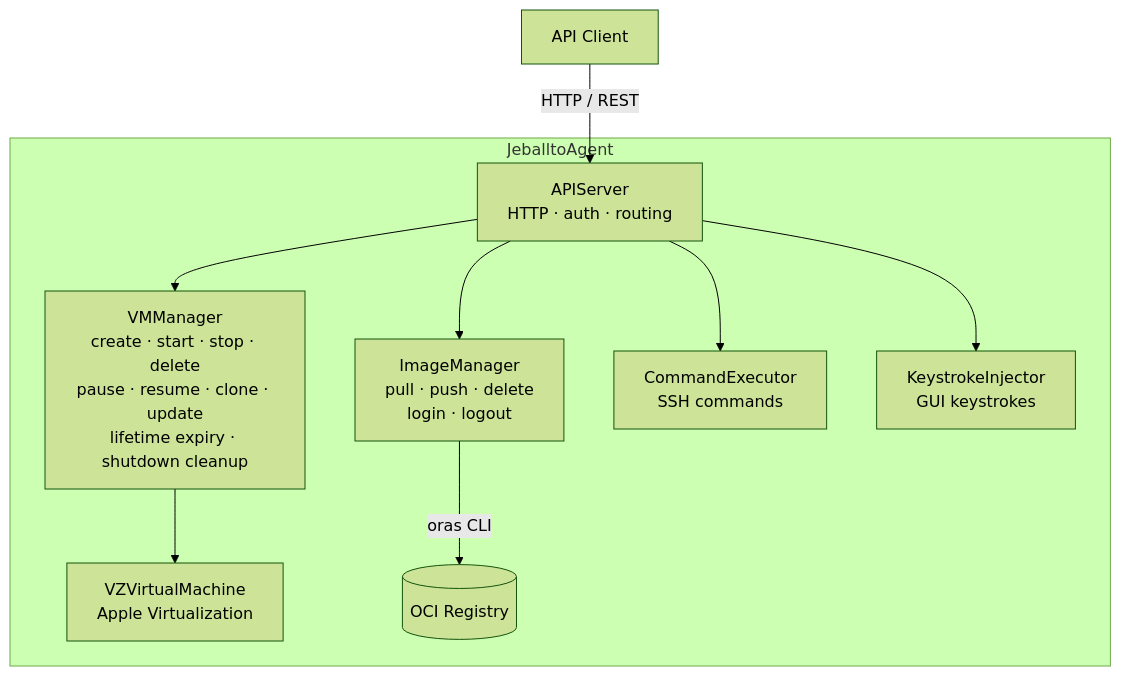
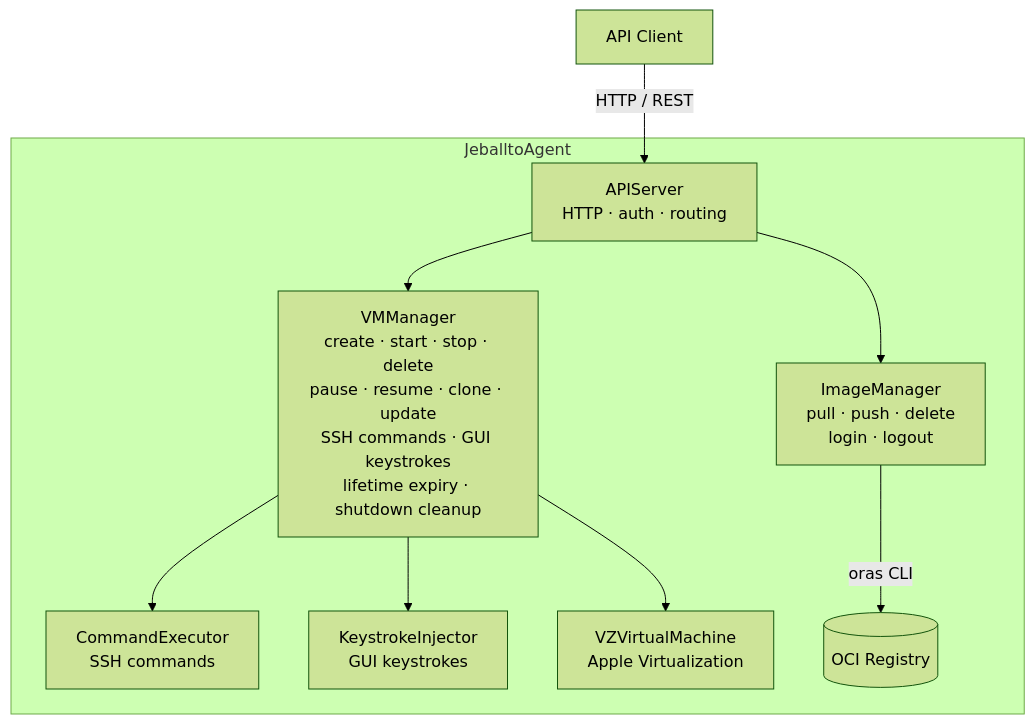
Before and after one commit to jeballto/jeballto: the diagram in JeballtoAgent/JeballtoAgent.docc/Diagrams/architecture.mmd, drawn with Mermaid (forest theme). The commit also changed 149 other files, not shown here.

```diff
--- a/JeballtoAgent/JeballtoAgent.docc/Diagrams/architecture.mmd
+++ b/JeballtoAgent/JeballtoAgent.docc/Diagrams/architecture.mmd
@@ -1,20 +1,20 @@
 flowchart TD
     Client["API Client"]
     Client -->|"HTTP / REST"| APIServer
 
     subgraph Agent["JeballtoAgent"]
         APIServer["APIServer\nHTTP · auth · routing"]
 
         APIServer --> VMManager
         APIServer --> ImageManager
-        APIServer --> CommandExecutor
-        APIServer --> KeystrokeInjector
 
-        VMManager["VMManager\ncreate · start · stop · delete\npause · resume · clone · update\nlifetime expiry · shutdown cleanup"]
+        VMManager["VMManager\ncreate · start · stop · delete\npause · resume · clone · update\nSSH commands · GUI keystrokes\nlifetime expiry · shutdown cleanup"]
         ImageManager["ImageManager\npull · push · delete\nlogin · logout"]
         CommandExecutor["CommandExecutor\nSSH commands"]
         KeystrokeInjector["KeystrokeInjector\nGUI keystrokes"]
 
+        VMManager --> CommandExecutor
+        VMManager --> KeystrokeInjector
         VMManager --> VZVirtualMachine["VZVirtualMachine\nApple Virtualization"]
         ImageManager -->|"oras CLI"| Registry[("OCI Registry")]
     end
```
